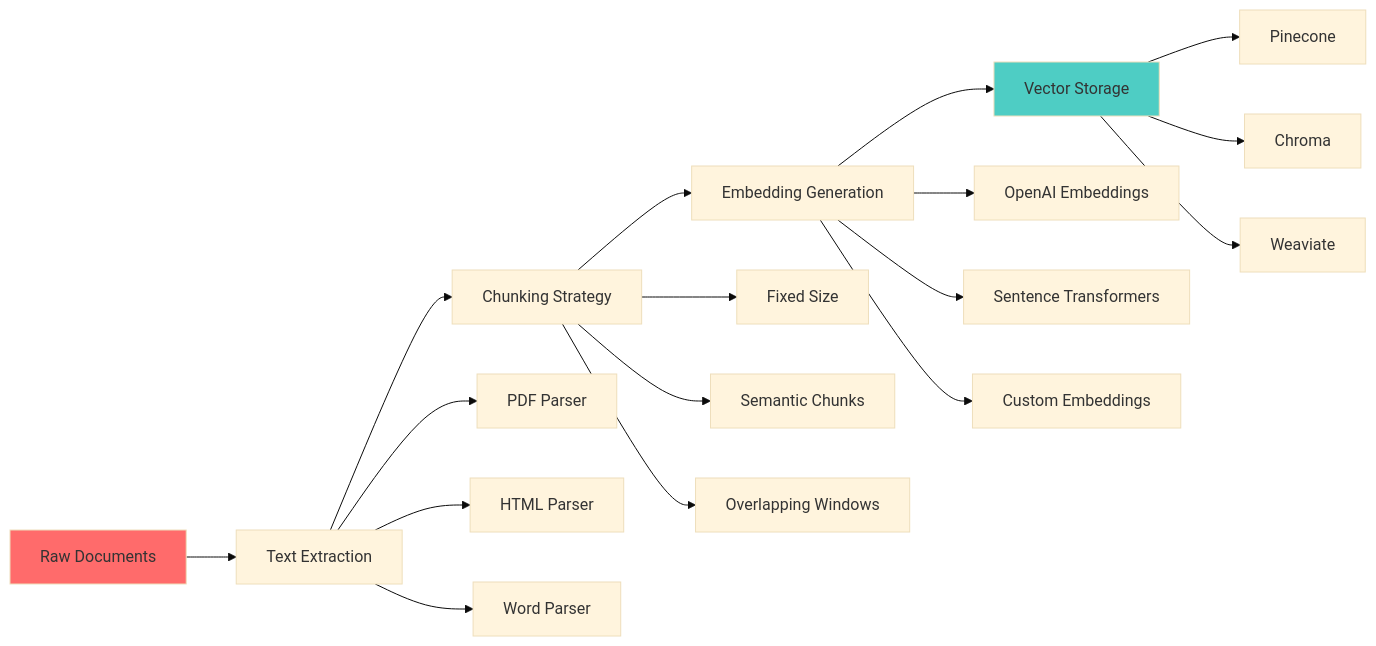
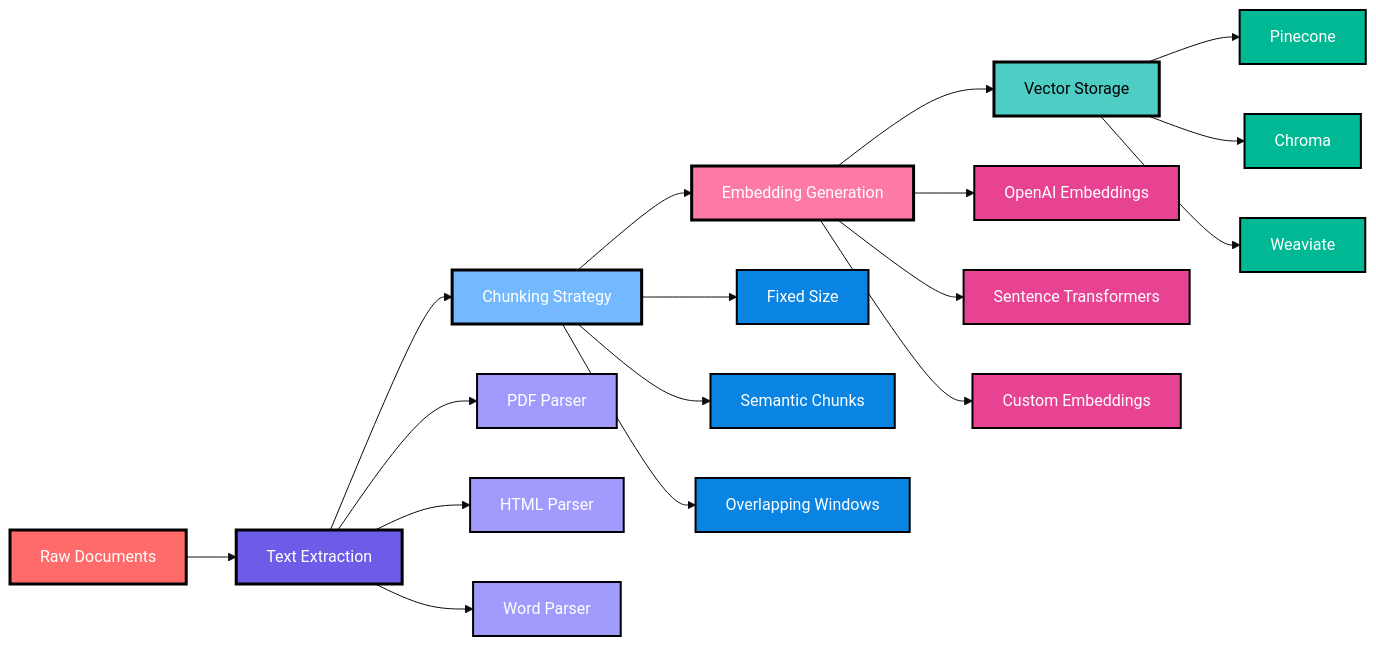
The fourth of 10 diagrams in AI resources.md (MicrosoftStudentChapter/Tech-Resources), drawn with Mermaid (base theme) before and after one commit. The commit also changed other lines of this file, not shown here.

````diff
--- a/AI resources.md
+++ b/AI resources.md
@@ -333,26 +415,45 @@
 ```mermaid
 graph LR
     A[Raw Documents] --> B[Text Extraction]
     B --> C[Chunking Strategy]
     C --> D[Embedding Generation]
     D --> E[Vector Storage]
     
     B --> B1[PDF Parser]
     B --> B2[HTML Parser]
     B --> B3[Word Parser]
     
     C --> C1[Fixed Size]
     C --> C2[Semantic Chunks]
     C --> C3[Overlapping Windows]
     
     D --> D1[OpenAI Embeddings]
     D --> D2[Sentence Transformers]
     D --> D3[Custom Embeddings]
     
     E --> E1[Pinecone]
     E --> E2[Chroma]
     E --> E3[Weaviate]
     
-    style A fill:#ff6b6b
-    style E fill:#4ecdc4
+    style A fill:#ff6b6b,stroke:#000,stroke-width:3px,color:#fff
+    style B fill:#6c5ce7,stroke:#000,stroke-width:3px,color:#fff
+    style C fill:#74b9ff,stroke:#000,stroke-width:3px,color:#fff
+    style D fill:#fd79a8,stroke:#000,stroke-width:3px,color:#fff
+    style E fill:#4ecdc4,stroke:#000,stroke-width:3px,color:#000
+    
+    style B1 fill:#a29bfe,stroke:#000,stroke-width:2px,color:#fff
+    style B2 fill:#a29bfe,stroke:#000,stroke-width:2px,color:#fff
+    style B3 fill:#a29bfe,stroke:#000,stroke-width:2px,color:#fff
+    
+    style C1 fill:#0984e3,stroke:#000,stroke-width:2px,color:#fff
+    style C2 fill:#0984e3,stroke:#000,stroke-width:2px,color:#fff
+    style C3 fill:#0984e3,stroke:#000,stroke-width:2px,color:#fff
+    
+    style D1 fill:#e84393,stroke:#000,stroke-width:2px,color:#fff
+    style D2 fill:#e84393,stroke:#000,stroke-width:2px,color:#fff
+    style D3 fill:#e84393,stroke:#000,stroke-width:2px,color:#fff
+    
+    style E1 fill:#00b894,stroke:#000,stroke-width:2px,color:#fff
+    style E2 fill:#00b894,stroke:#000,stroke-width:2px,color:#fff
+    style E3 fill:#00b894,stroke:#000,stroke-width:2px,color:#fff
 ```
````
